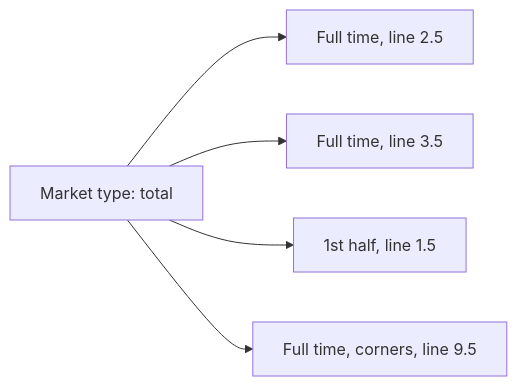
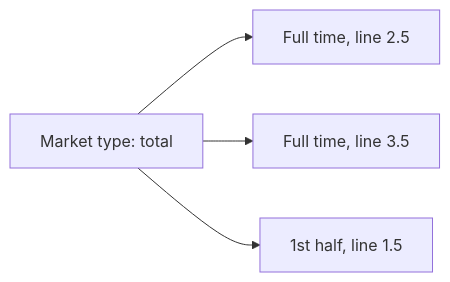
Before and after one commit to openbook-data-standards/openbook: the diagram in docs/taxonomy.md, drawn with Mermaid. The commit also changed other lines of this file and 11 other files, not shown here.

````diff
--- a/docs/taxonomy.md
+++ b/docs/taxonomy.md
@@ -128,7 +118,6 @@
 ```mermaid
 flowchart LR
   type[Market type: total] --> m1[Full time, line 2.5]
   type --> m2[Full time, line 3.5]
   type --> m3[1st half, line 1.5]
-  type --> m4[Full time, corners, line 9.5]
 ```
````
